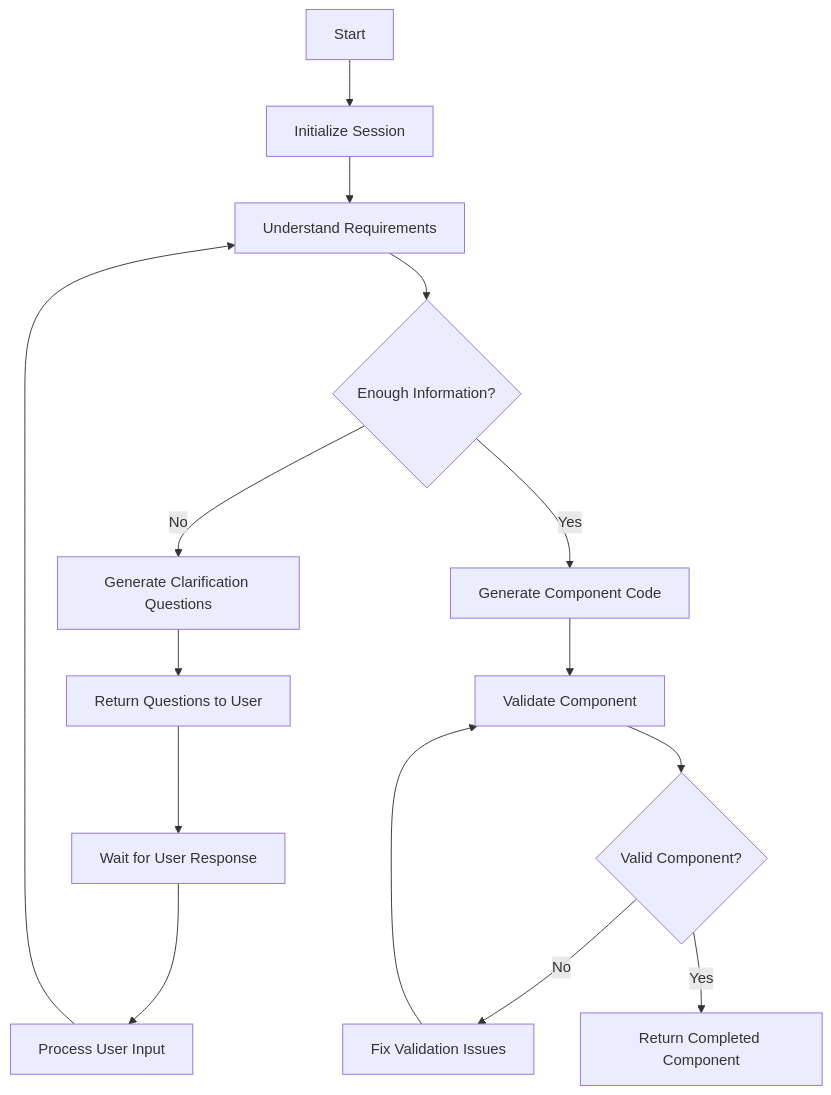
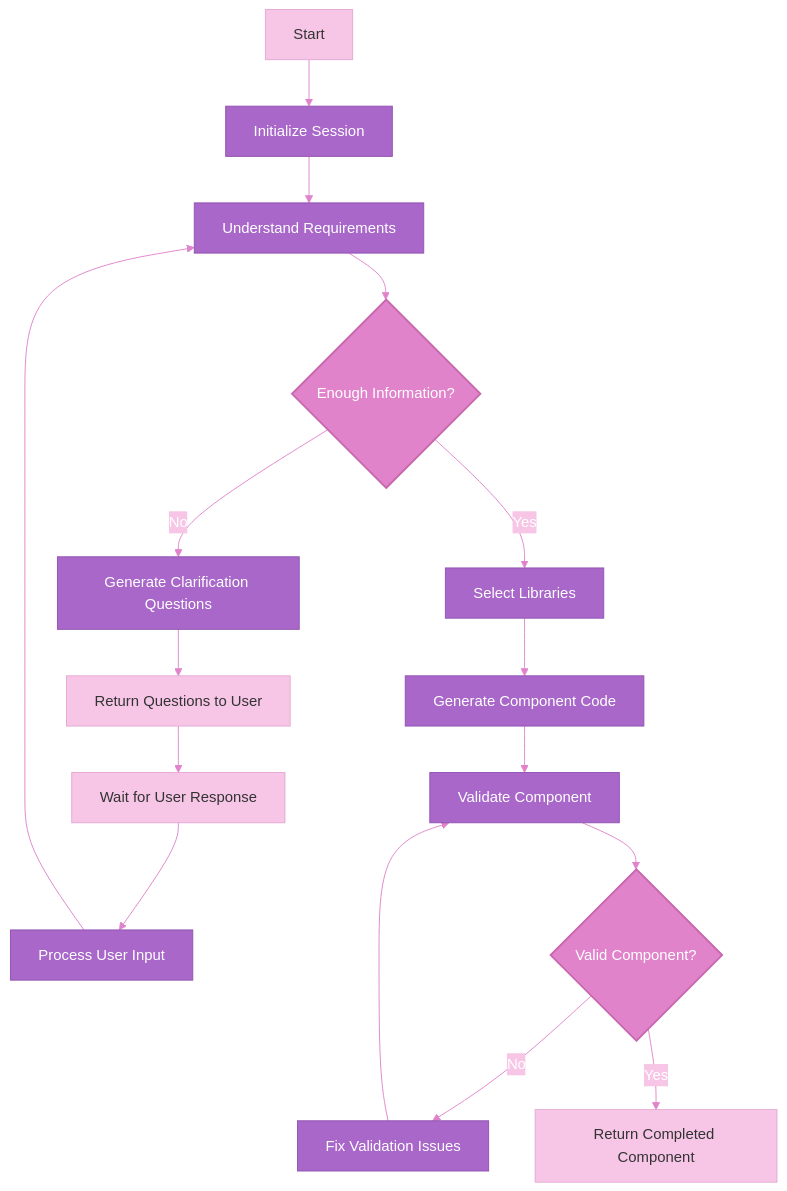
The diagram in README.md (daria425/ui-alchemy), drawn with Mermaid before and after one commit. The commit also changed other lines of this file, not shown here.

Commit message:
make readme cute lol

````diff
--- a/README.md
+++ b/README.md
@@ -42,21 +43,30 @@
 ```mermaid
+%%{init: {'theme': 'base', 'themeVariables': { 'primaryColor': '#a867c9', 'primaryTextColor': '#fff', 'primaryBorderColor': '#9152b0', 'lineColor': '#e083cb', 'secondaryColor': '#f7c6e6', 'tertiaryColor': '#f4ebfa' }}}%%
 flowchart TD
+    classDef default fill:#a867c9,stroke:#9152b0,color:#fff
+    classDef decision fill:#e083cb,stroke:#c767ad,color:#fff,stroke-width:2px
+    classDef endpoint fill:#f7c6e6,stroke:#e4a8d4,color:#333
+
     A[Start] --> B[Initialize Session]
     B --> C[Understand Requirements]
     C --> D{Enough Information?}
 
     D -- No --> E[Generate Clarification Questions]
     E --> F[Return Questions to User]
     F --> G[Wait for User Response]
     G --> H[Process User Input]
     H --> C
 
-    D -- Yes --> I[Generate Component Code]
-    I --> J[Validate Component]
-    J --> K{Valid Component?}
+    D -- Yes --> I[Select Libraries]
+    I --> J[Generate Component Code]
+    J --> K[Validate Component]
+    K --> L{Valid Component?}
 
-    K -- No --> L[Fix Validation Issues]
-    L --> J
+    L -- No --> M[Fix Validation Issues]
+    M --> K
 
-    K -- Yes --> M[Return Completed Component]
+    L -- Yes --> N[Return Completed Component]
+
+    class D,L decision
+    class A,F,G,N endpoint
 ```
````
